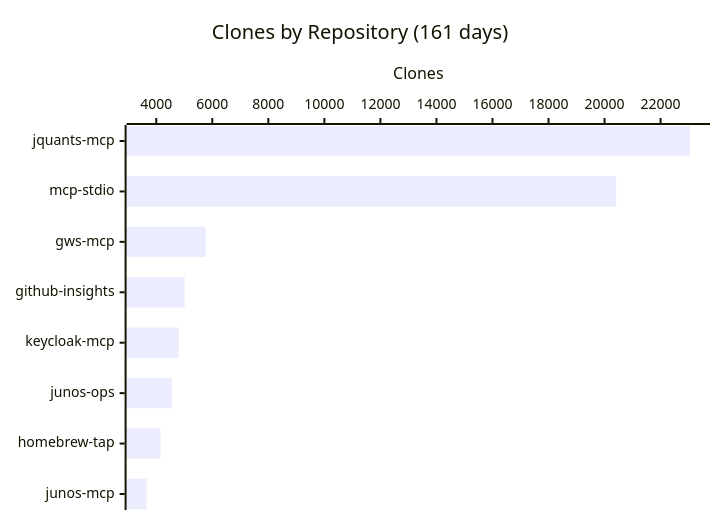
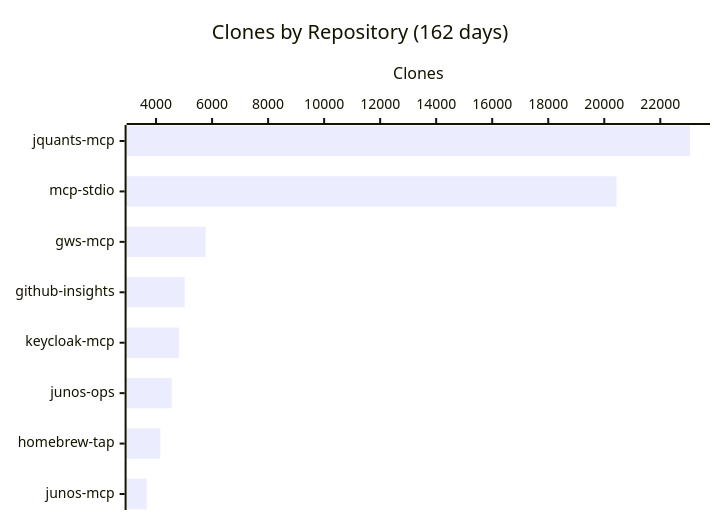
Before and after one commit to shigechika/github-insights: the fourth of 4 diagrams in README.md, drawn with Mermaid. The commit also changed other lines of this file and 2 other files, not shown here.

````diff
--- a/README.md
+++ b/README.md
@@ -58,7 +58,7 @@
 ```mermaid
 xychart-beta horizontal
-    title "Clones by Repository (161 days)"
+    title "Clones by Repository (162 days)"
     x-axis ["jquants-mcp", "mcp-stdio", "gws-mcp", "github-insights", "keycloak-mcp", "junos-ops", "homebrew-tap", "junos-mcp"]
     y-axis "Clones"
-    bar [23049, 20415, 5760, 5015, 4806, 4557, 4150, 3656]
+    bar [23060, 20438, 5769, 5024, 4814, 4557, 4153, 3663]
 ```
````
